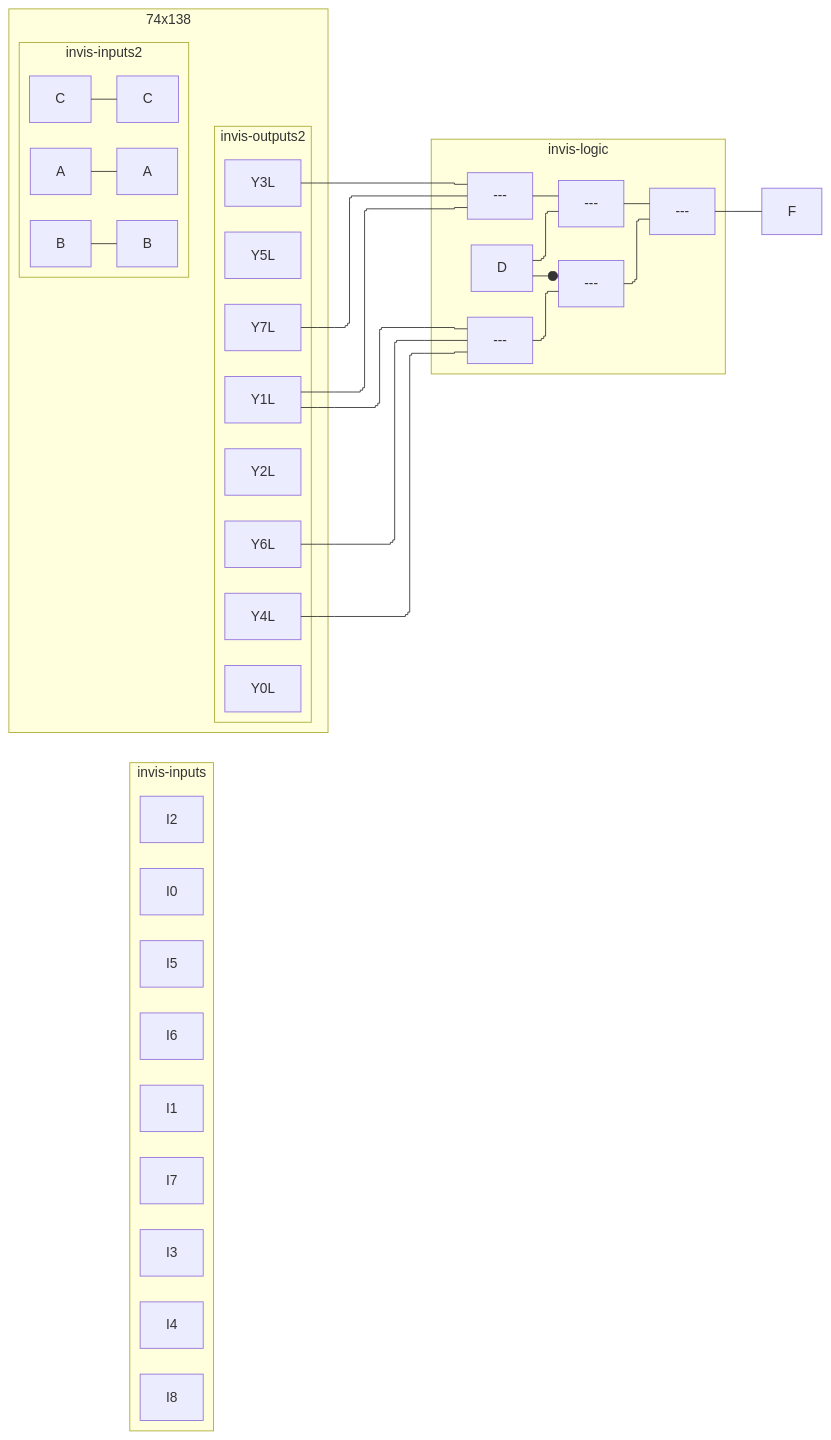
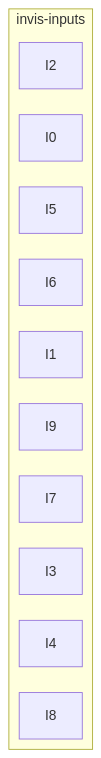
Before and after one commit to tnichols217/notes: the third of 3 diagrams in CSDS 281 - Logic Design/HW/7/tables.md, drawn with Mermaid.

Commit message:
vault backup: 2024-03-27 11:43:14

````diff
--- a/CSDS 281 - Logic Design/HW/7/tables.md
+++ b/CSDS 281 - Logic Design/HW/7/tables.md
@@ -111,42 +111,17 @@
 ```mermaid
 %%{ init: { 'flowchart': { 'curve': 'stepBefore', "defaultRenderer": "elk" } } }%%
 flowchart LR
 subgraph invis-inputs
 I0
 I1
 I2
 I3
 I4
 I5
 I6
 I7
 I8
+I9
 end
-subgraph 74x138
-subgraph invis-inputs2
-A --- Aa["A"]
-B --- Bb["B"]
-C --- Cc["C"]
-end
-subgraph invis-outputs2
-Y0L
-Y1L
-Y2L
-Y3L
-Y4L
-Y5L
-Y6L
-Y7L
-end
-invis-inputs2 ~~~ invis-outputs2
-end
-subgraph invis-logic
-Y1L & Y4L & Y6L --- nand1[---]
-Y1L & Y3L & Y7L --- nand2[---]
-nand1 --- nand3[---]
-D ---o nand3[---]
-nand2 & D --- nand4[---]
-nand3 & nand4 --- nand5[---]
-end
-nand5 --- F
+
 ```
````
